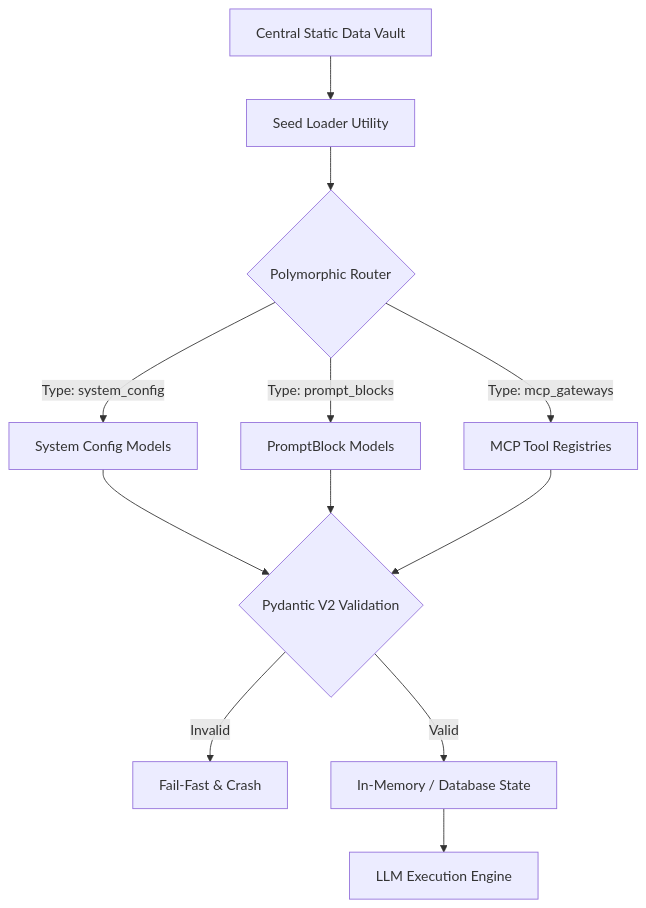
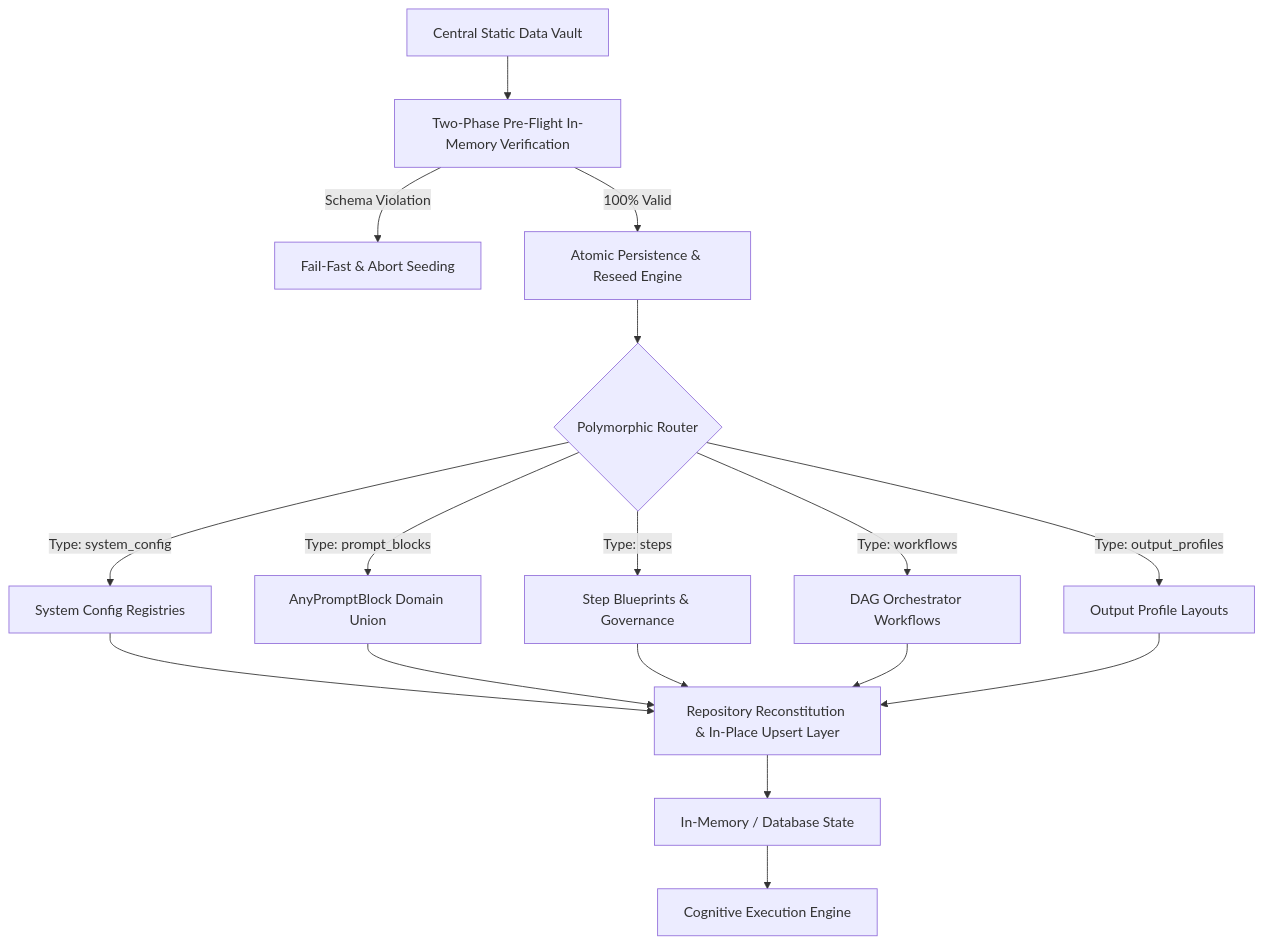
One commit to launis/quorum changed the diagram in docs/architecture/02_data_seeding_and_ontology.md. Above: the diagram before and after it, drawn with Mermaid. The commit also changed other lines of this file and 10 other files, not shown here.

Commit message:
docs(architecture): synchronize capability pillars and directory reference

````diff
--- a/docs/architecture/02_data_seeding_and_ontology.md
+++ b/docs/architecture/02_data_seeding_and_ontology.md
@@ -32,12 +50,15 @@
 ```mermaid
 flowchart TD
-    A[Central Static Data Vault] --> B[Seed Loader Utility]
-    B --> C{Polymorphic Router}
-    C -- Type: system_config --> D[System Config Models]
-    C -- Type: prompt_blocks --> E[PromptBlock Models]
-    C -- Type: mcp_gateways --> F[MCP Tool Registries]
-    D & E & F --> G{Pydantic V2 Validation}
-    G -- Invalid --> H[Fail-Fast & Crash]
-    G -- Valid --> I[In-Memory / Database State]
-    I --> J[LLM Execution Engine]
+    A[Central Static Data Vault] --> B[Two-Phase Pre-Flight In-Memory Verification]
+    B -- Schema Violation --> C[Fail-Fast & Abort Seeding]
+    B -- 100% Valid --> D[Atomic Persistence & Reseed Engine]
+    D --> E{Polymorphic Router}
+    E -- Type: system_config --> F[System Config Registries]
+    E -- Type: prompt_blocks --> G[AnyPromptBlock Domain Union]
+    E -- Type: steps --> H[Step Blueprints & Governance]
+    E -- Type: workflows --> I[DAG Orchestrator Workflows]
+    E -- Type: output_profiles --> J[Output Profile Layouts]
+    F & G & H & I & J --> K[Repository Reconstitution & In-Place Upsert Layer]
+    K --> L[In-Memory / Database State]
+    L --> M[Cognitive Execution Engine]
 ```
````
